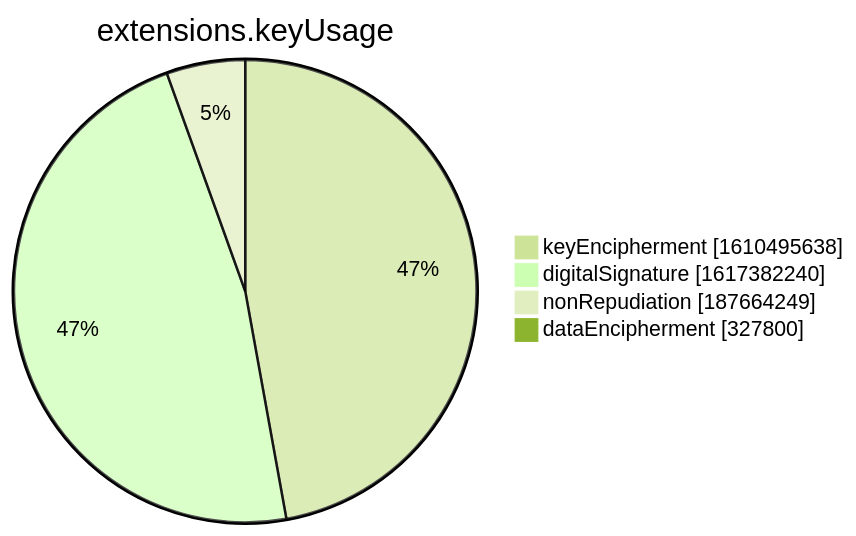
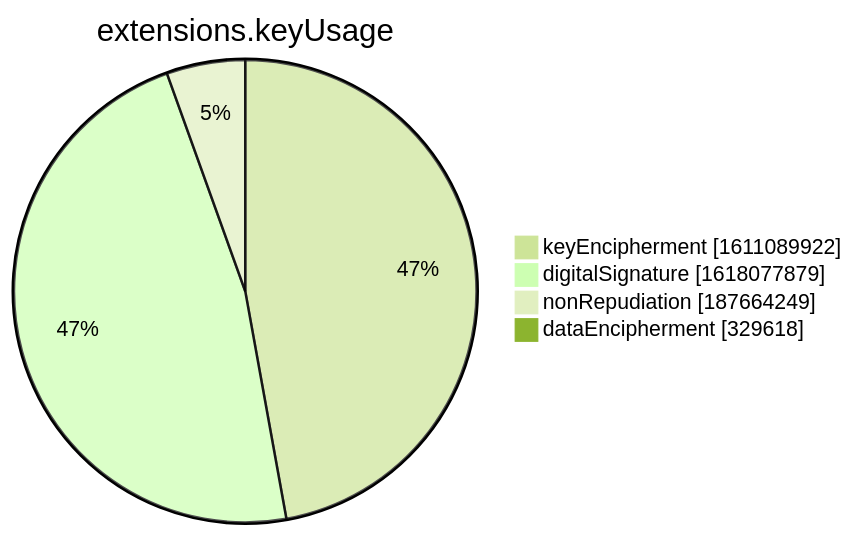
The seventh of 15 diagrams in xenon2022/README.md (christiankrug/ctmonitor_visualization), drawn with Mermaid (forest theme) before and after one commit. The commit also changed other lines of this file, not shown here.

````diff
--- a/xenon2022/README.md
+++ b/xenon2022/README.md
@@ -2855,8 +2855,8 @@
 ```mermaid
 pie showData
 title extensions.keyUsage
-"keyEncipherment" :1610495638
-"digitalSignature" :1617382240
+"keyEncipherment" :1611089922
+"digitalSignature" :1618077879
 "nonRepudiation" :187664249
-"dataEncipherment" :327800
+"dataEncipherment" :329618
 ```
````
